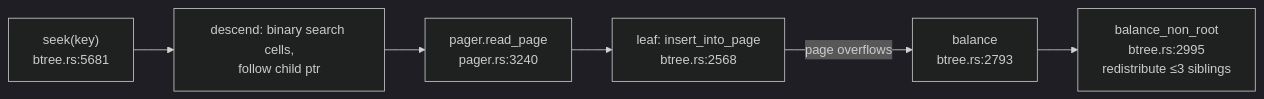
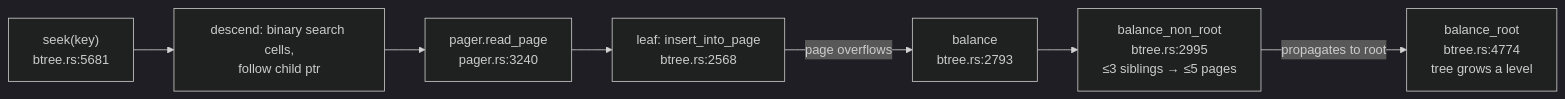
Before and after one commit to AviAvni/database-learning-path: the diagram in topics/01-storage-engine-landscape/reading-turso-btree.md, drawn with Mermaid (dark theme). The commit also changed other lines of this file and 7 other files, not shown here.

````diff
--- a/topics/01-storage-engine-landscape/reading-turso-btree.md
+++ b/topics/01-storage-engine-landscape/reading-turso-btree.md
@@ -162,8 +347,9 @@
 ```mermaid
 flowchart LR
     S["seek(key)<br/>btree.rs:5681"] --> D["descend: binary search cells,<br/>follow child ptr"]
     D --> PG["pager.read_page<br/>pager.rs:3240"]
     PG --> L["leaf: insert_into_page<br/>btree.rs:2568"]
     L -- page overflows --> B["balance<br/>btree.rs:2793"]
-    B --> BNR["balance_non_root<br/>btree.rs:2995<br/>redistribute ≤3 siblings"]
+    B --> BNR["balance_non_root<br/>btree.rs:2995<br/>≤3 siblings → ≤5 pages"]
+    BNR -- propagates to root --> BR["balance_root<br/>btree.rs:4774<br/>tree grows a level"]
 ```
````
